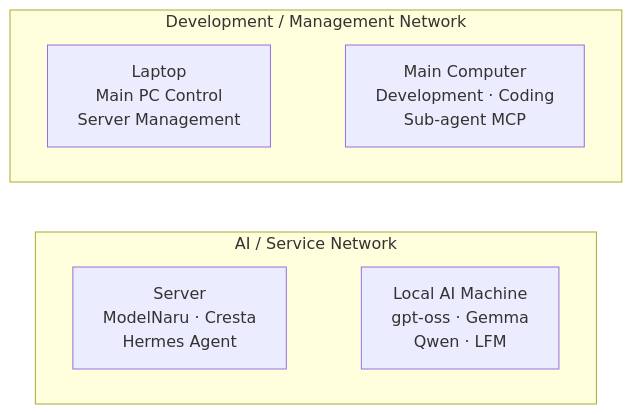
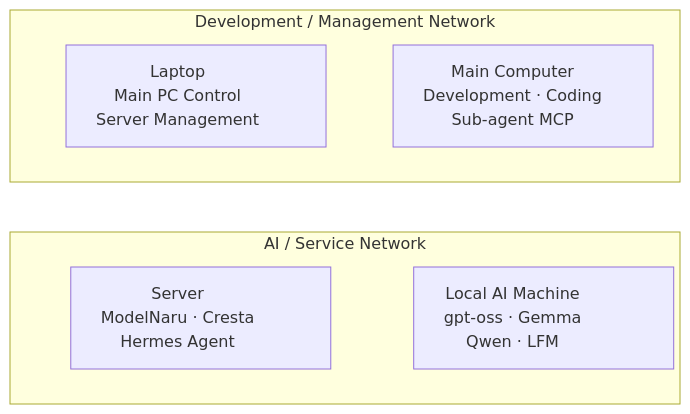
Before and after one commit to totjae/portfolio: the diagram in README.md, drawn with Mermaid.

Commit message:
Unify infrastructure diagram node widths

````diff
--- a/README.md
+++ b/README.md
@@ -33,16 +33,19 @@
 ```mermaid
 flowchart LR
     subgraph NET_A["AI / Service Network"]
         direction LR
         SERVER["Server<br/>ModelNaru · Cresta<br/>Hermes Agent"]
         LOCAL_AI["Local AI Machine<br/>gpt-oss · Gemma<br/>Qwen · LFM"]
         SERVER ~~~ LOCAL_AI
     end
 
     subgraph NET_B["Development / Management Network"]
         direction LR
         LAPTOP["Laptop<br/>Main PC Control<br/>Server Management"]
         MAIN_PC["Main Computer<br/>Development · Coding<br/>Sub-agent MCP"]
         LAPTOP ~~~ MAIN_PC
     end
+
+    classDef device width:260px;
+    class SERVER,LOCAL_AI,LAPTOP,MAIN_PC device;
 ```
````
